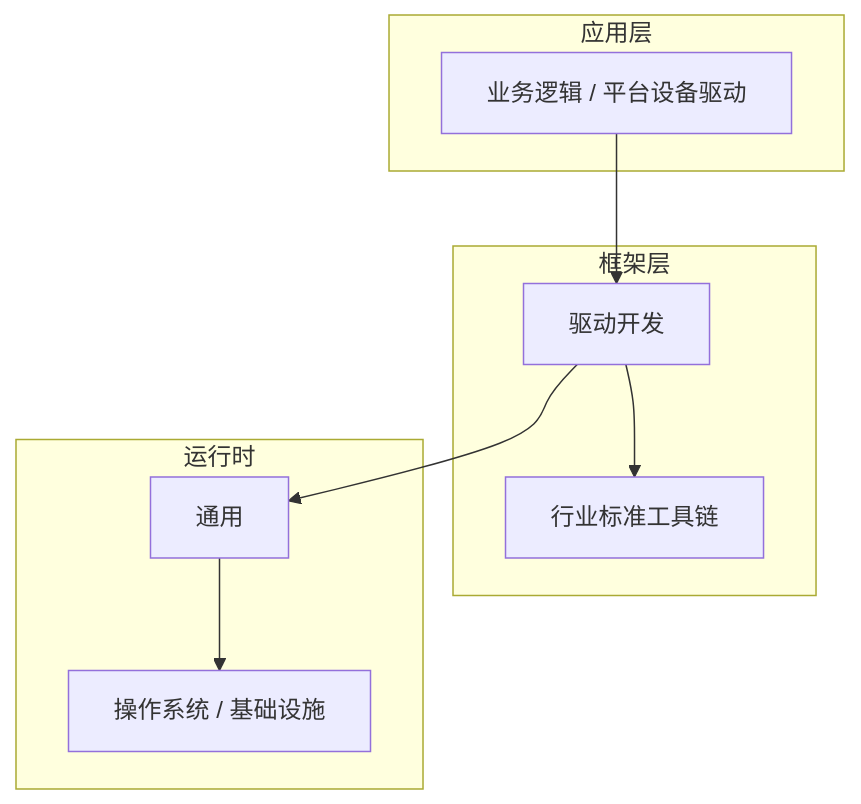
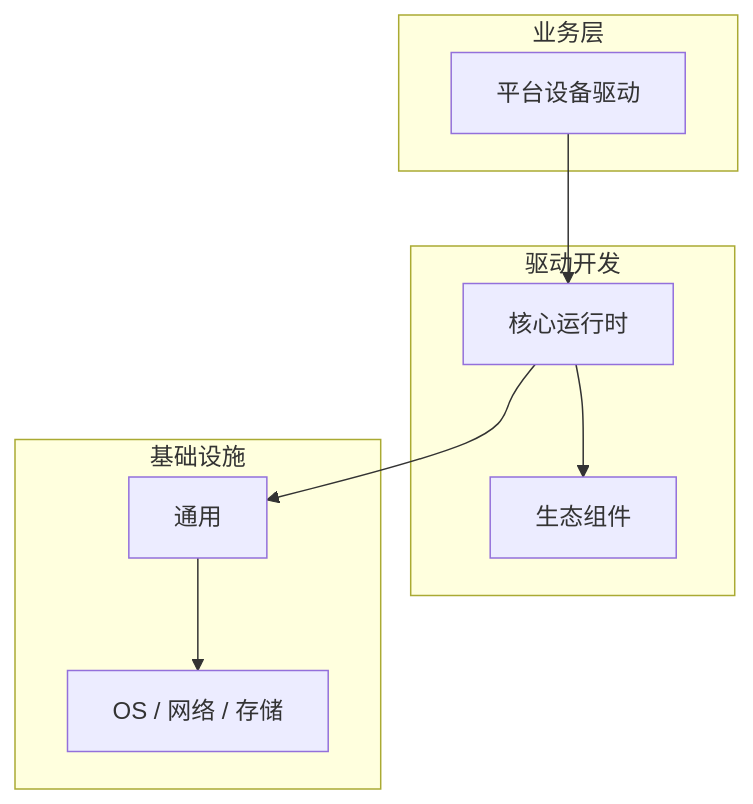
Before and after one commit to yanggan2015/knowledge-json-v2: the diagram in articles/驱动开发/chapters/041-平台设备驱动核心概念与原理.md, drawn with Mermaid. The commit also changed other lines of this file and 10127 other files, not shown here.

````diff
--- a/articles/驱动开发/chapters/041-平台设备驱动核心概念与原理.md
+++ b/articles/驱动开发/chapters/041-平台设备驱动核心概念与原理.md
@@ -45,18 +34,18 @@
 ```mermaid
 graph TB
-    subgraph 应用层
-        A[业务逻辑 / 平台设备驱动]
+    subgraph 业务层
+        A[平台设备驱动]
     end
-    subgraph 框架层
-        B[驱动开发]
-        C[行业标准工具链]
+    subgraph 驱动开发
+        B[核心运行时]
+        C[生态组件]
     end
-    subgraph 运行时
+    subgraph 基础设施
         D[通用]
-        E[操作系统 / 基础设施]
+        E[OS / 网络 / 存储]
     end
     A --> B
     B --> C
     B --> D
     D --> E
 ```
````
